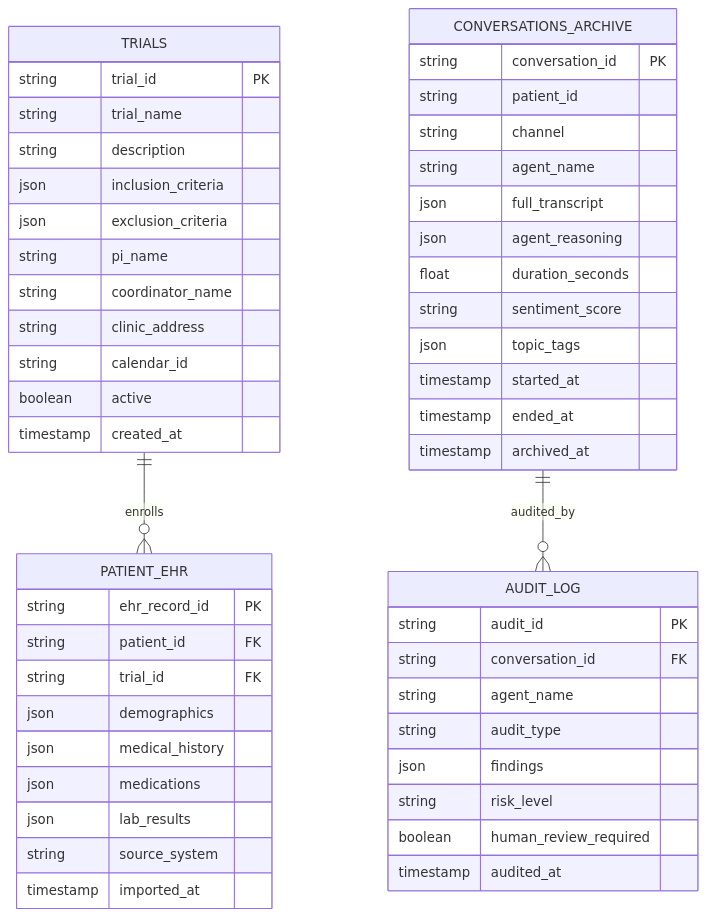
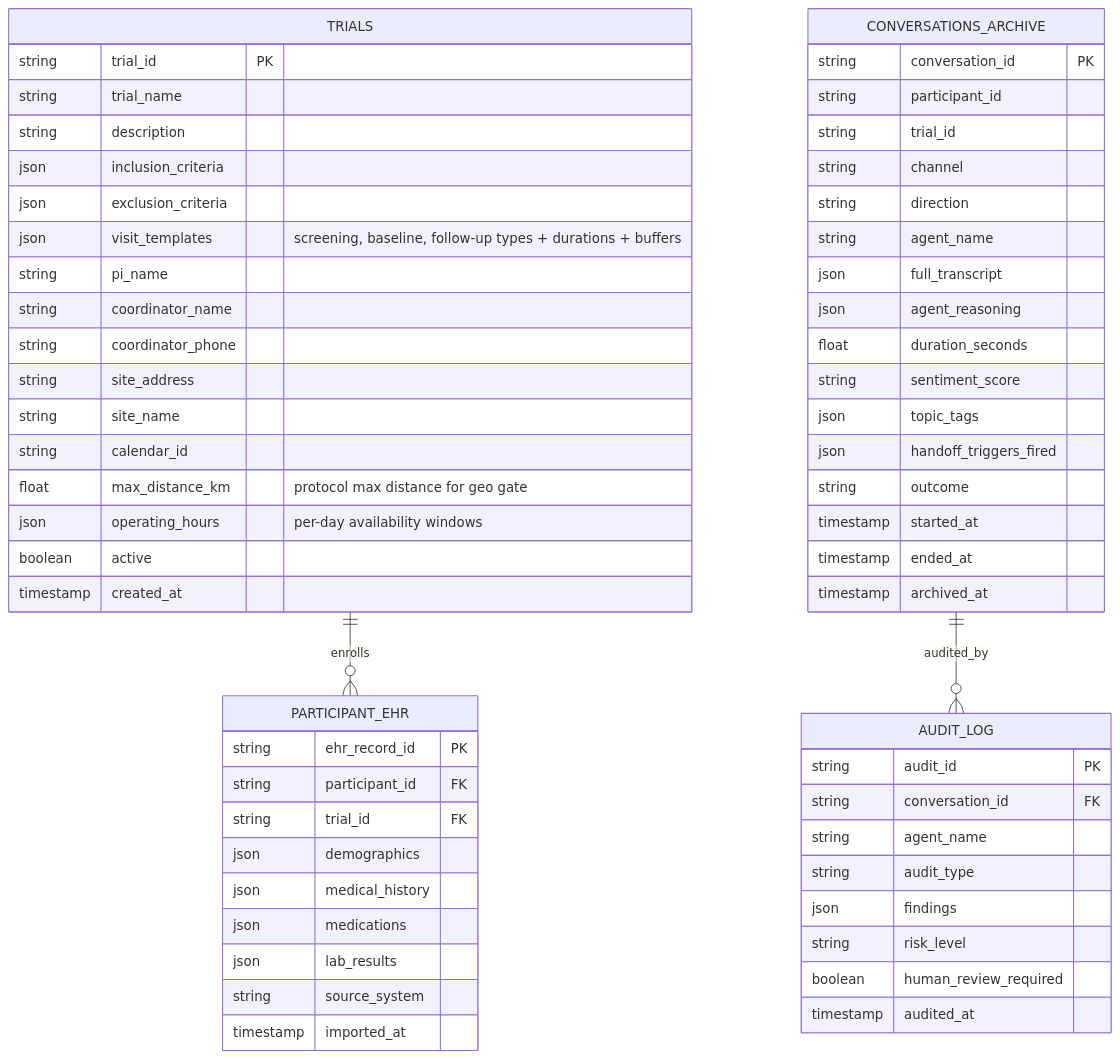
Before and after one commit to wilsonwolf/ask_mary: the eighth of 10 diagrams in local_docs/ask_mary_plan.md, drawn with Mermaid. The commit also changed other lines of this file and 2 other files, not shown here.

````diff
--- a/local_docs/ask_mary_plan.md
+++ b/local_docs/ask_mary_plan.md
@@ -756,57 +992,66 @@
 ```mermaid
 erDiagram
-    TRIALS ||--o{ PATIENT_EHR : enrolls
+    TRIALS ||--o{ PARTICIPANT_EHR : enrolls
     CONVERSATIONS_ARCHIVE ||--o{ AUDIT_LOG : audited_by
 
     TRIALS {
         string trial_id PK
         string trial_name
         string description
         json inclusion_criteria
         json exclusion_criteria
+        json visit_templates "screening, baseline, follow-up types + durations + buffers"
         string pi_name
         string coordinator_name
-        string clinic_address
+        string coordinator_phone
+        string site_address
+        string site_name
         string calendar_id
+        float max_distance_km "protocol max distance for geo gate"
+        json operating_hours "per-day availability windows"
         boolean active
         timestamp created_at
     }
 
-    PATIENT_EHR {
+    PARTICIPANT_EHR {
         string ehr_record_id PK
-        string patient_id FK
+        string participant_id FK
         string trial_id FK
         json demographics
         json medical_history
         json medications
         json lab_results
         string source_system
         timestamp imported_at
     }
 
     CONVERSATIONS_ARCHIVE {
         string conversation_id PK
-        string patient_id
+        string participant_id
+        string trial_id
         string channel
+        string direction
         string agent_name
         json full_transcript
         json agent_reasoning
         float duration_seconds
         string sentiment_score
         json topic_tags
+        json handoff_triggers_fired
+        string outcome
         timestamp started_at
         timestamp ended_at
         timestamp archived_at
     }
 
     AUDIT_LOG {
         string audit_id PK
         string conversation_id FK
         string agent_name
         string audit_type
         json findings
         string risk_level
         boolean human_review_required
         timestamp audited_at
     }
 ```
````
